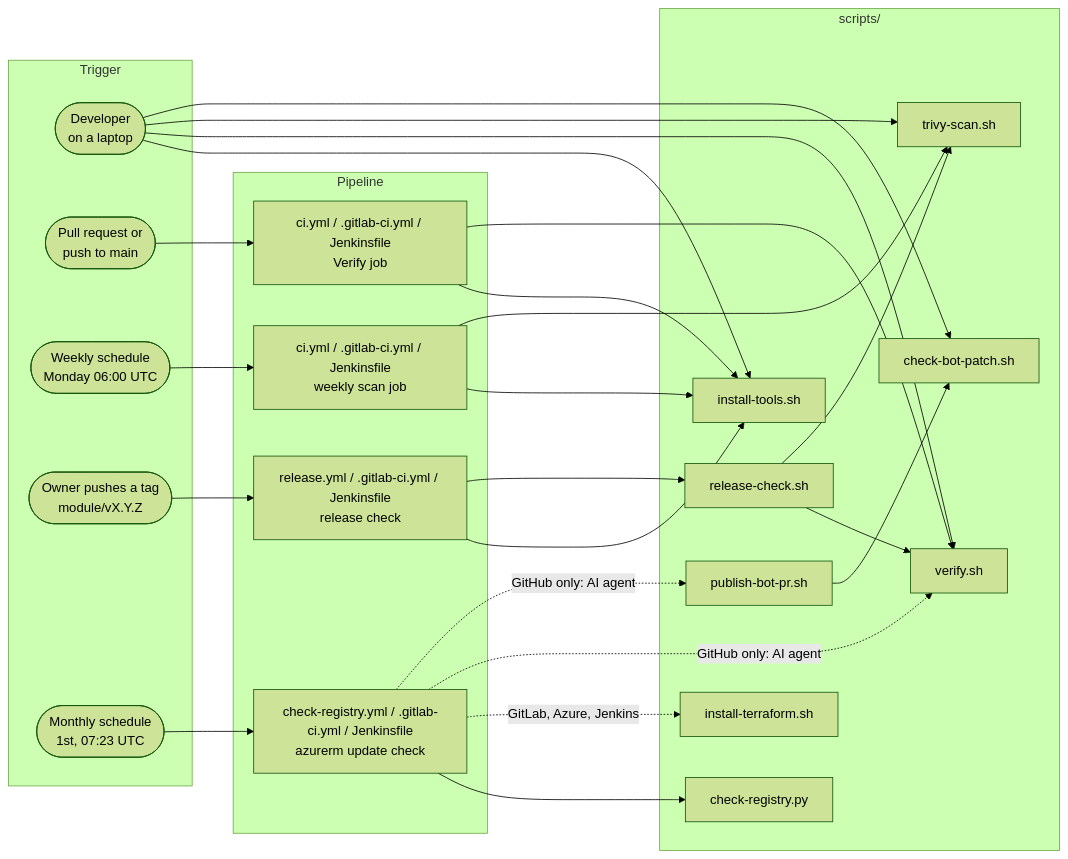
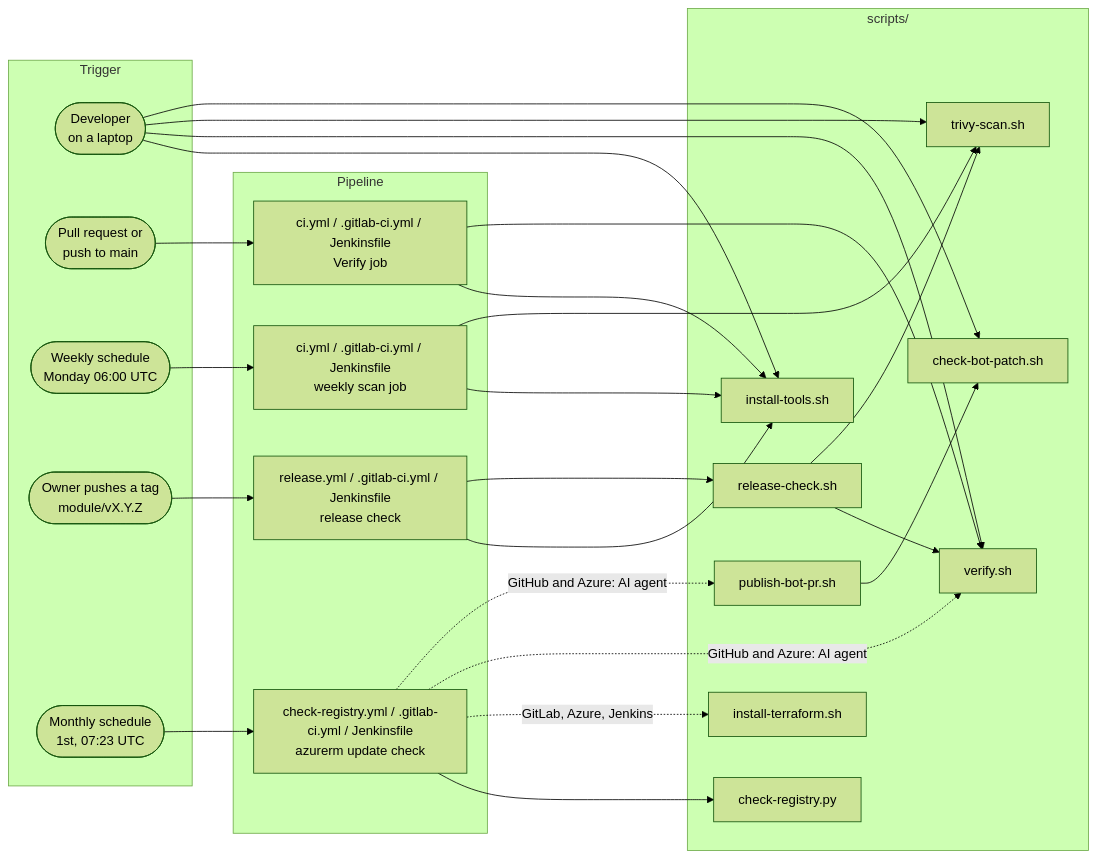
Before and after one commit to hamzaelouham/terraform-azurerm-modules: the first of 8 diagrams in docs/scripts.md, drawn with Mermaid (forest theme). The commit also changed other lines of this file and 11 other files, not shown here.

First line of the commit message:
feat: AI upgrade agent on Azure DevOps

````diff
--- a/docs/scripts.md
+++ b/docs/scripts.md
@@ -16,39 +16,39 @@
 ```mermaid
 flowchart LR
   subgraph who["Trigger"]
     dev(["Developer<br/>on a laptop"])
     pr(["Pull request or<br/>push to main"])
     weekly(["Weekly schedule<br/>Monday 06:00 UTC"])
     tag(["Owner pushes a tag<br/>module/vX.Y.Z"])
     monthly(["Monthly schedule<br/>1st, 07:23 UTC"])
   end
 
   subgraph pipe["Pipeline"]
     ci["ci.yml / .gitlab-ci.yml / Jenkinsfile<br/>Verify job"]
     scan["ci.yml / .gitlab-ci.yml / Jenkinsfile<br/>weekly scan job"]
     rel["release.yml / .gitlab-ci.yml / Jenkinsfile<br/>release check"]
     reg["check-registry.yml / .gitlab-ci.yml / Jenkinsfile<br/>azurerm update check"]
   end
 
   subgraph scripts["scripts/"]
     tools["install-tools.sh"]
     tf["install-terraform.sh"]
     verify["verify.sh"]
     trivy["trivy-scan.sh"]
     release["release-check.sh"]
     registry["check-registry.py"]
     gate["check-bot-patch.sh"]
     publish["publish-bot-pr.sh"]
   end
 
   dev --> tools & verify & trivy & gate
   pr --> ci --> tools & verify
   weekly --> scan --> tools & trivy
   tag --> rel --> tools & release
   monthly --> reg --> registry
   reg -. "GitLab, Azure, Jenkins" .-> tf
-  reg -. "GitHub only: AI agent" .-> verify & publish
+  reg -. "GitHub and Azure: AI agent" .-> verify & publish
 
   release --> verify & trivy
   publish --> gate
 ```
````
